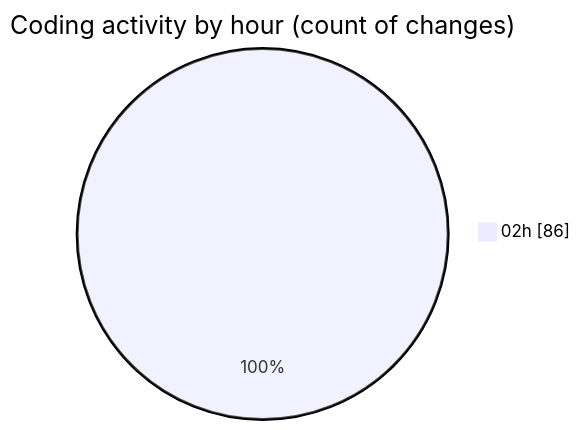
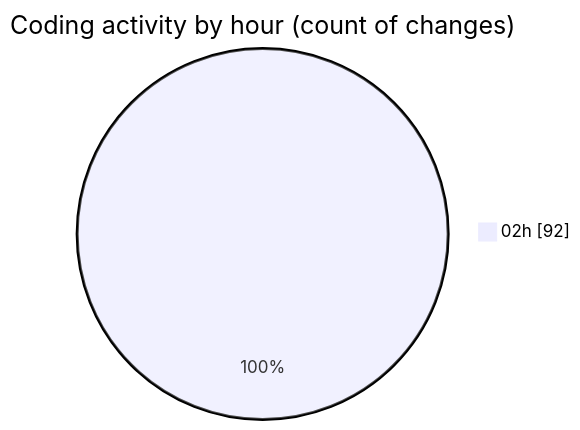
The second of 2 diagrams in 2025-07-20/defer/README.md (EIIisD/code-tracking), drawn with Mermaid before and after one commit. The commit also changed other lines of this file and 1 other file, not shown here.

````diff
--- a/2025-07-20/defer/README.md
+++ b/2025-07-20/defer/README.md
@@ -46,5 +48,5 @@
 ```mermaid
 pie showData
 title Coding activity by hour (count of changes)
-"02h" : 86
+"02h" : 92
 ```
````
